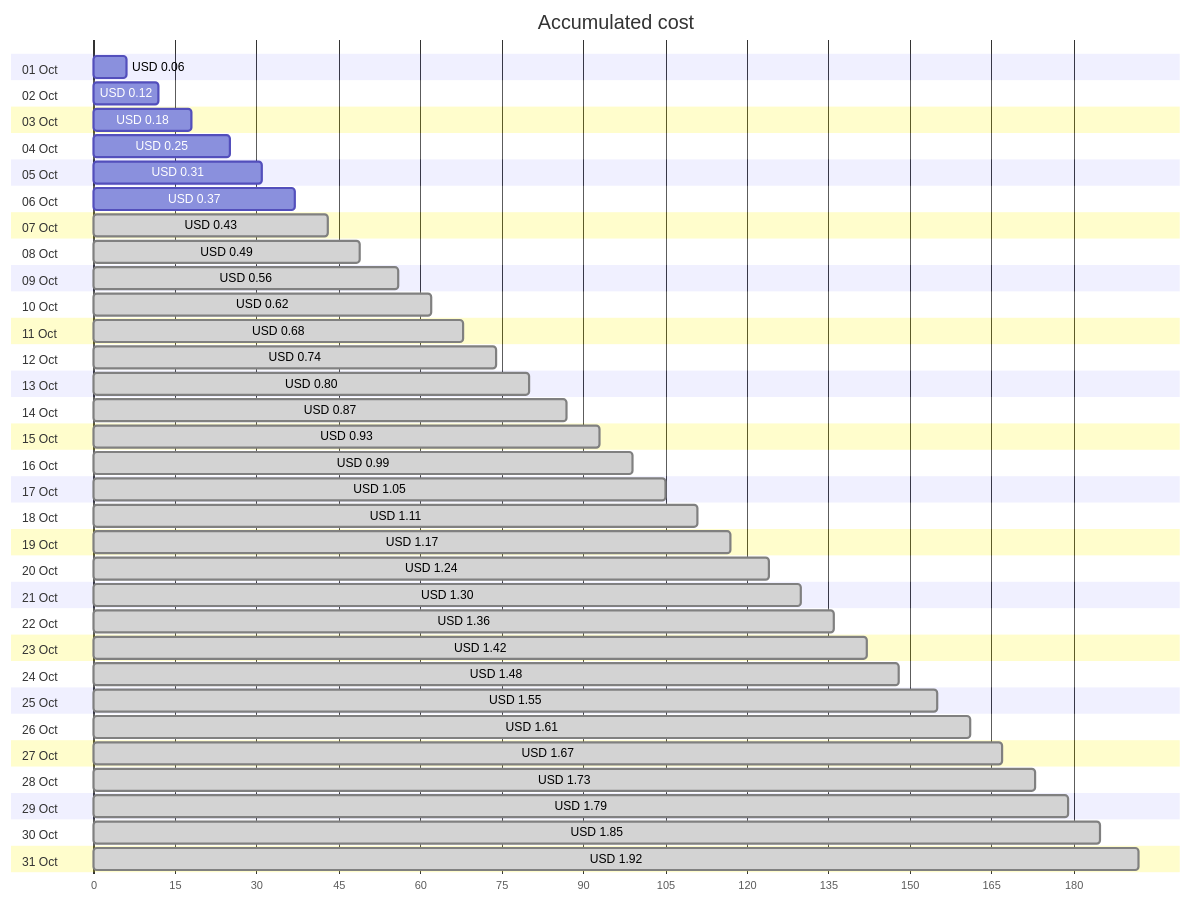
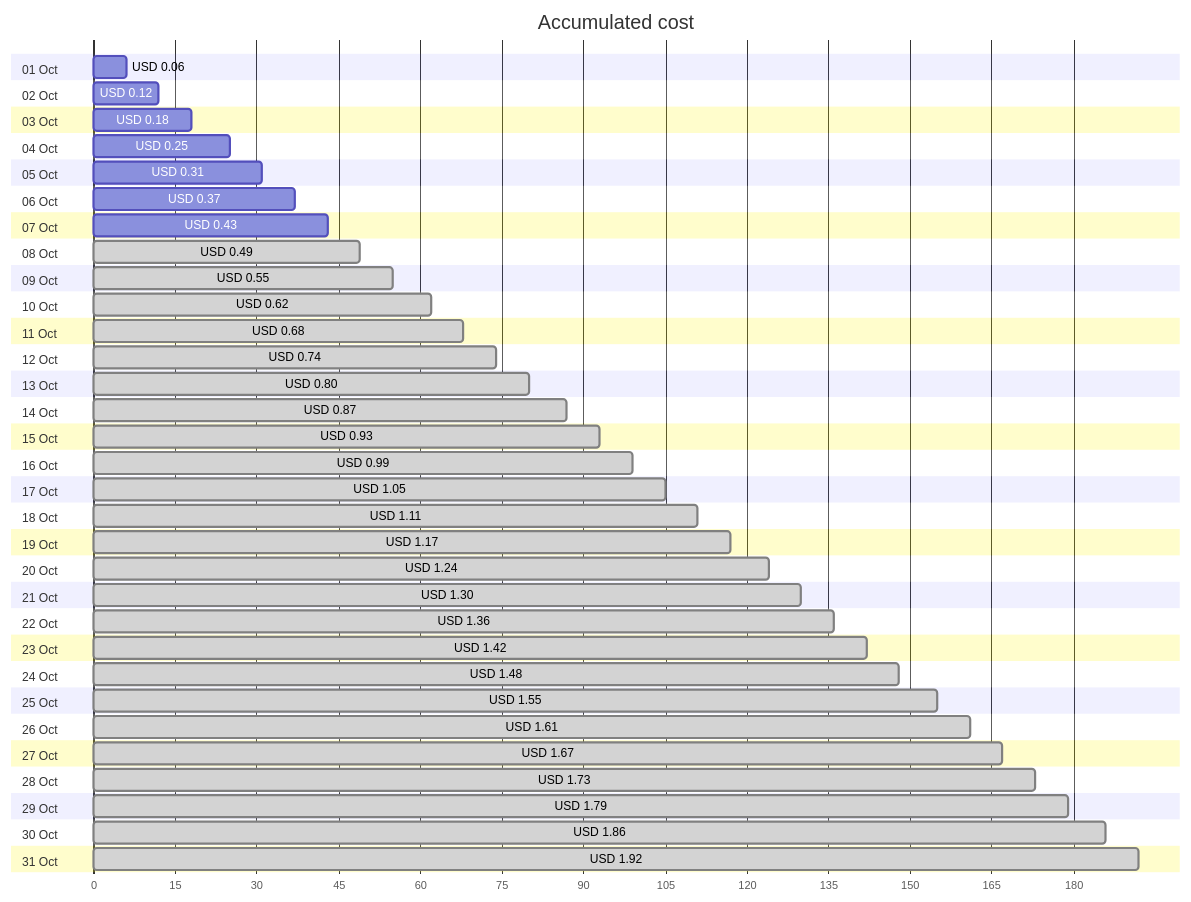
The first of 4 diagrams in cost-reports/personal-network/backup-server_OsDisk.md (jpfulton/azure-personal-reports), drawn with Mermaid before and after one commit. The commit also changed other lines of this file and 8 other files, not shown here.

````diff
--- a/cost-reports/personal-network/backup-server_OsDisk.md
+++ b/cost-reports/personal-network/backup-server_OsDisk.md
@@ -20,68 +20,68 @@
 ```mermaid
 gantt
    title Accumulated cost
    dateFormat  X
    axisFormat %s
    section 01 Oct
    USD 0.06 :0, 6
    section 02 Oct
    USD 0.12 :0, 12
    section 03 Oct
    USD 0.18 :0, 18
    section 04 Oct
    USD 0.25 :0, 25
    section 05 Oct
    USD 0.31 :0, 31
    section 06 Oct
    USD 0.37 :0, 37
    section 07 Oct
-   USD 0.43 : done, 0, 43
+   USD 0.43 :0, 43
    section 08 Oct
    USD 0.49 : done, 0, 49
    section 09 Oct
-   USD 0.56 : done, 0, 56
+   USD 0.55 : done, 0, 55
    section 10 Oct
    USD 0.62 : done, 0, 62
    section 11 Oct
    USD 0.68 : done, 0, 68
    section 12 Oct
    USD 0.74 : done, 0, 74
    section 13 Oct
    USD 0.80 : done, 0, 80
    section 14 Oct
    USD 0.87 : done, 0, 87
    section 15 Oct
    USD 0.93 : done, 0, 93
    section 16 Oct
    USD 0.99 : done, 0, 99
    section 17 Oct
    USD 1.05 : done, 0, 105
    section 18 Oct
    USD 1.11 : done, 0, 111
    section 19 Oct
    USD 1.17 : done, 0, 117
    section 20 Oct
    USD 1.24 : done, 0, 124
    section 21 Oct
    USD 1.30 : done, 0, 130
    section 22 Oct
    USD 1.36 : done, 0, 136
    section 23 Oct
    USD 1.42 : done, 0, 142
    section 24 Oct
    USD 1.48 : done, 0, 148
    section 25 Oct
    USD 1.55 : done, 0, 155
    section 26 Oct
    USD 1.61 : done, 0, 161
    section 27 Oct
    USD 1.67 : done, 0, 167
    section 28 Oct
    USD 1.73 : done, 0, 173
    section 29 Oct
    USD 1.79 : done, 0, 179
    section 30 Oct
-   USD 1.85 : done, 0, 185
+   USD 1.86 : done, 0, 186
    section 31 Oct
    USD 1.92 : done, 0, 192
 ```
````
